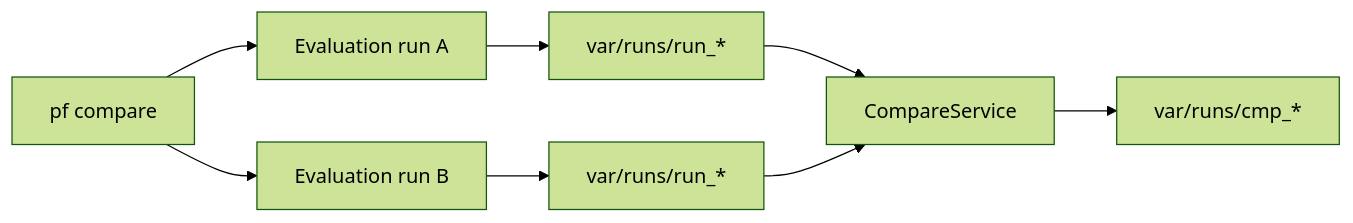
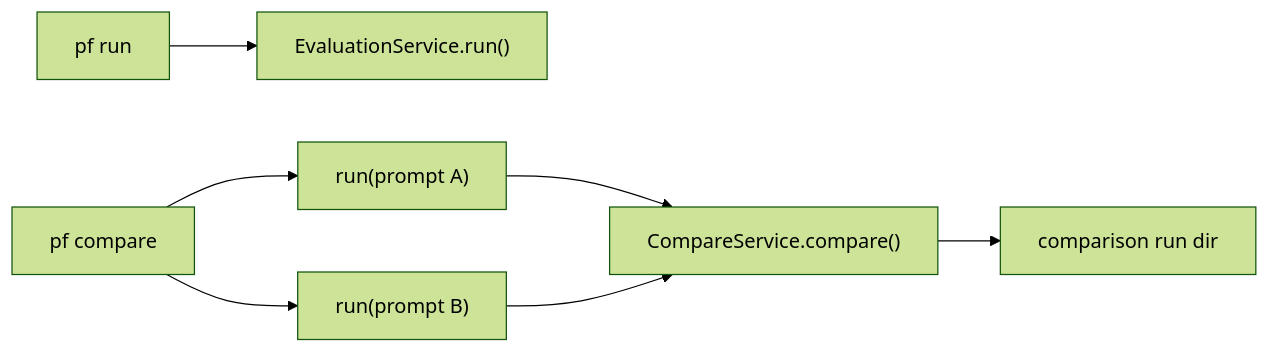
The fourth of 4 diagrams in docs/architecture.md (MikesHorcrux/PromptForge), drawn with Mermaid (forest theme) before and after one commit. The commit also changed other lines of this file and 18 other files, not shown here.

````diff
--- a/docs/architecture.md
+++ b/docs/architecture.md
@@ -153,10 +149,9 @@
 ```mermaid
 flowchart LR
-  Compare["pf compare"] --> EvalA["Evaluation run A"]
-  Compare --> EvalB["Evaluation run B"]
-  EvalA --> RunA["var/runs/run_*"]
-  EvalB --> RunB["var/runs/run_*"]
-  RunA --> Aggregate["CompareService"]
-  RunB --> Aggregate
-  Aggregate --> CompareRun["var/runs/cmp_*"]
+  Run["pf run"] --> Eval["EvaluationService.run()"]
+  Compare["pf compare"] --> EvalA["run(prompt A)"]
+  Compare --> EvalB["run(prompt B)"]
+  EvalA --> CompareAggregate["CompareService.compare()"]
+  EvalB --> CompareAggregate
+  CompareAggregate --> CompareRun["comparison run dir"]
 ```
````
